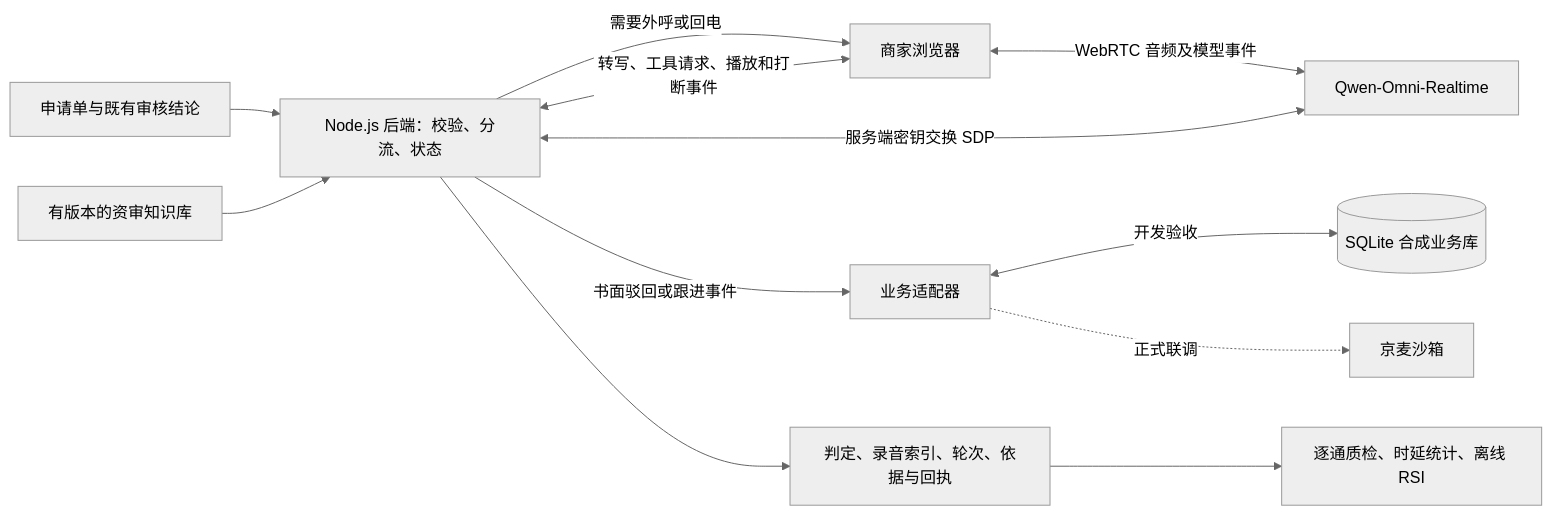
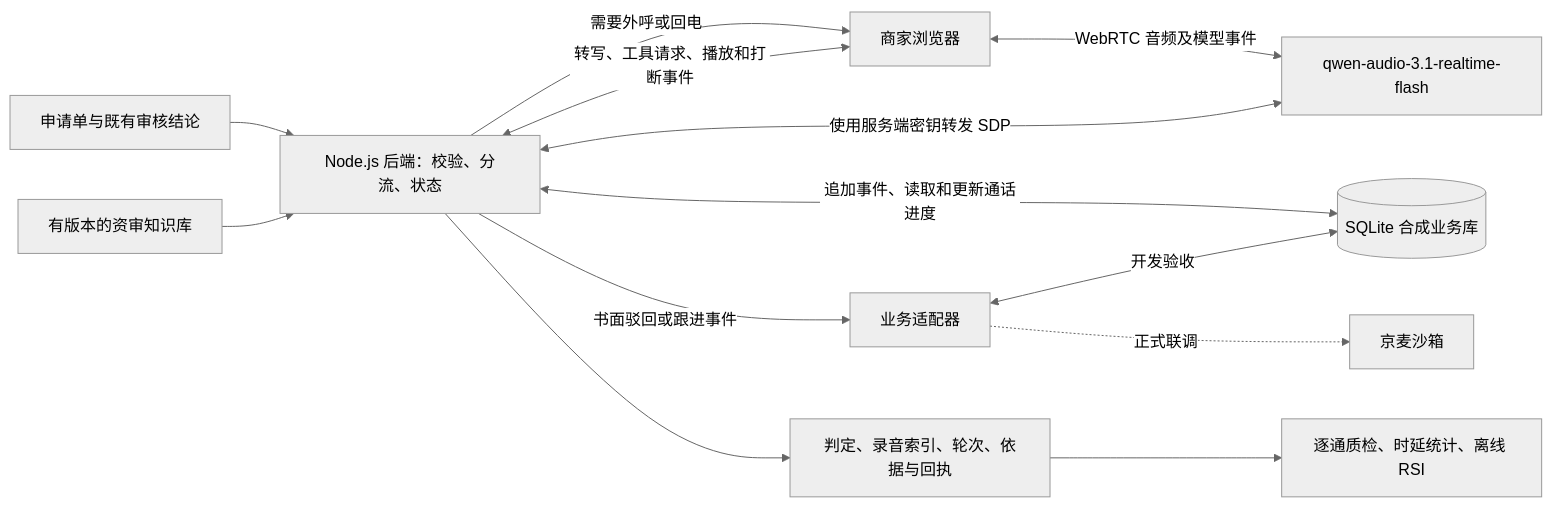
The diagram in ARCHITECTURE.md (zhupipi07/zhiyu-voice-desk), drawn with Mermaid (neutral theme) before and after one commit. The commit also changed other lines of this file, not shown here.

Commit message:
采用 Qwen Audio 3.1 Flash 并设计通话进度恢复与验收

````diff
--- a/ARCHITECTURE.md
+++ b/ARCHITECTURE.md
@@ -11,14 +11,15 @@
 ```mermaid
 flowchart LR
     C["申请单与既有审核结论"] --> S["Node.js 后端：校验、分流、状态"]
     K["有版本的资审知识库"] --> S
     S -->|需要外呼或回电| W["商家浏览器"]
-    W <-->|WebRTC 音频及模型事件| Q["Qwen-Omni-Realtime"]
-    S <-->|服务端密钥交换 SDP| Q
+    W <-->|WebRTC 音频及模型事件| Q["qwen-audio-3.1-realtime-flash"]
+    S <-->|使用服务端密钥转发 SDP| Q
     W <-->|转写、工具请求、播放和打断事件| S
+    S <-->|追加事件、读取和更新通话进度| D
     S -->|书面驳回或跟进事件| A["业务适配器"]
     A <-->|开发验收| D[("SQLite 合成业务库")]
     A -.->|正式联调| J["京麦沙箱"]
     S --> E["判定、录音索引、轮次、依据与回执"]
     E --> R["逐通质检、时延统计、离线 RSI"]
 ```
````
